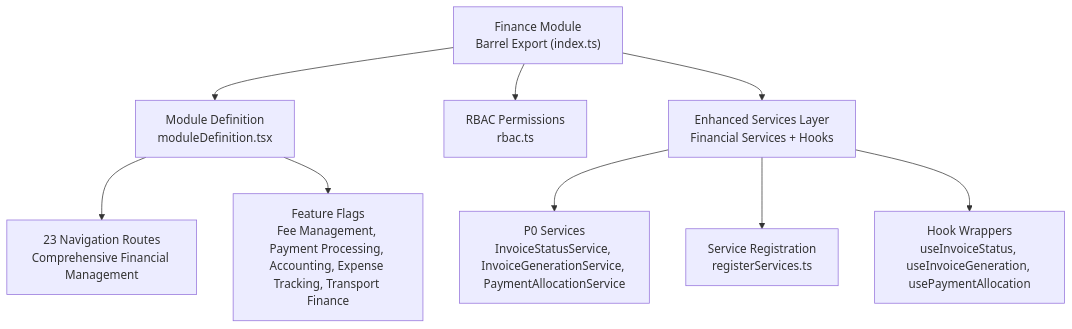
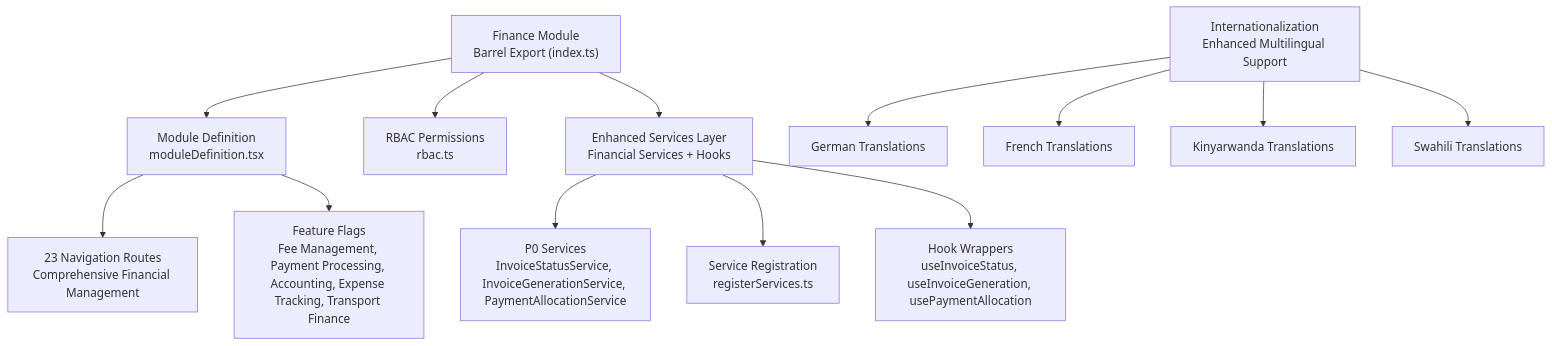
The first of 13 diagrams in .qoder/repowiki/en/content/Modules System/Finance Module.md (geniusdynamics/schoolpilot), drawn with Mermaid before and after one commit. The commit also changed other lines of this file and 16 other files, not shown here.

````diff
--- a/.qoder/repowiki/en/content/Modules System/Finance Module.md
+++ b/.qoder/repowiki/en/content/Modules System/Finance Module.md
@@ -53,11 +57,15 @@
 ```mermaid
 graph TB
 A["Finance Module<br/>Barrel Export (index.ts)"] --> B["Module Definition<br/>moduleDefinition.tsx"]
 A --> C["RBAC Permissions<br/>rbac.ts"]
 A --> D["Enhanced Services Layer<br/>Financial Services + Hooks"]
 D --> E["P0 Services<br/>InvoiceStatusService, InvoiceGenerationService, PaymentAllocationService"]
 D --> F["Service Registration<br/>registerServices.ts"]
 D --> G["Hook Wrappers<br/>useInvoiceStatus, useInvoiceGeneration, usePaymentAllocation"]
 B --> H["23 Navigation Routes<br/>Comprehensive Financial Management"]
 B --> I["Feature Flags<br/>Fee Management, Payment Processing, Accounting, Expense Tracking, Transport Finance"]
+J["Internationalization<br/>Enhanced Multilingual Support"] --> K["German Translations"]
+J --> L["French Translations"]
+J --> M["Kinyarwanda Translations"]
+J --> N["Swahili Translations"]
 ```
````
